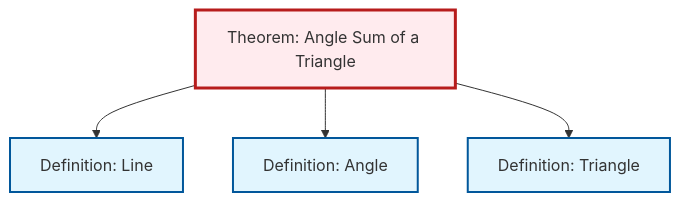
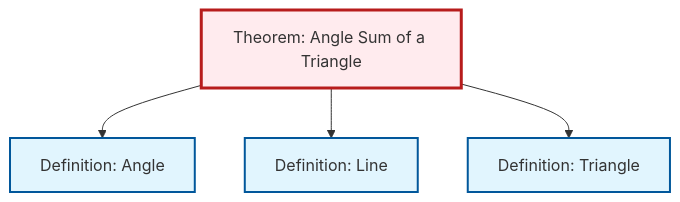
Before and after one commit to RK0429/ModernMath: the diagram in content/ja/geometry/thm-angle-sum-triangle.qmd, drawn with Mermaid. The commit also changed other lines of this file and 360 other files, not shown here.

````diff
--- a/content/ja/geometry/thm-angle-sum-triangle.qmd
+++ b/content/ja/geometry/thm-angle-sum-triangle.qmd
@@ -58,20 +58,20 @@
 ```{mermaid}
 %%| fig-cap: "Local dependency graph"
 graph TD
     classDef definition fill:#e1f5fe,stroke:#01579b,stroke-width:2px
     classDef theorem fill:#f3e5f5,stroke:#4a148c,stroke-width:2px
     classDef axiom fill:#fff3e0,stroke:#e65100,stroke-width:2px
     classDef example fill:#e8f5e9,stroke:#1b5e20,stroke-width:2px
     classDef current fill:#ffebee,stroke:#b71c1c,stroke-width:3px
-    def-triangle["Definition: Triangle"]:::definition
     thm-angle-sum-triangle["Theorem: Angle Sum of a Triangle"]:::theorem
     def-line["Definition: Line"]:::definition
     def-angle["Definition: Angle"]:::definition
+    def-triangle["Definition: Triangle"]:::definition
+    thm-angle-sum-triangle --> def-angle
     thm-angle-sum-triangle --> def-line
-    thm-angle-sum-triangle --> def-angle
     thm-angle-sum-triangle --> def-triangle
     class thm-angle-sum-triangle current
-    click def-triangle "def-triangle.html" "Definition: Triangleへ"
     click def-line "def-line.html" "Definition: Lineへ"
     click def-angle "def-angle.html" "Definition: Angleへ"
+    click def-triangle "def-triangle.html" "Definition: Triangleへ"
 ```
````
